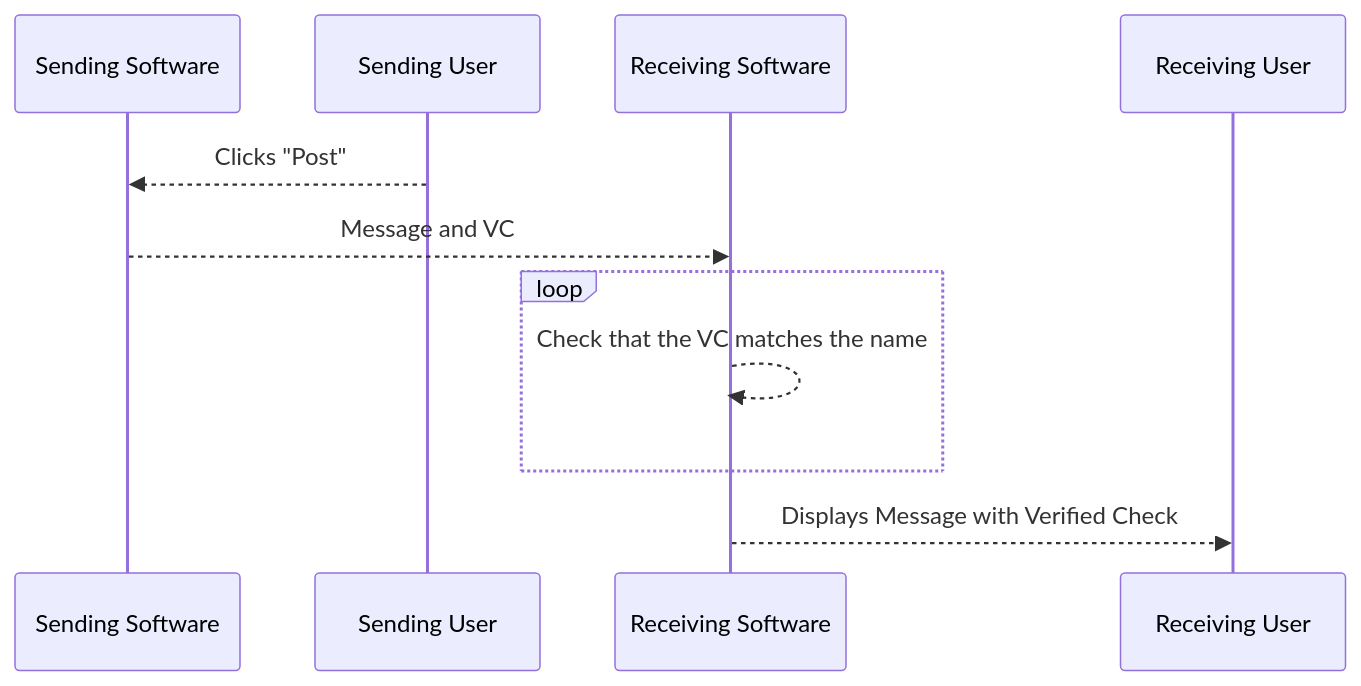
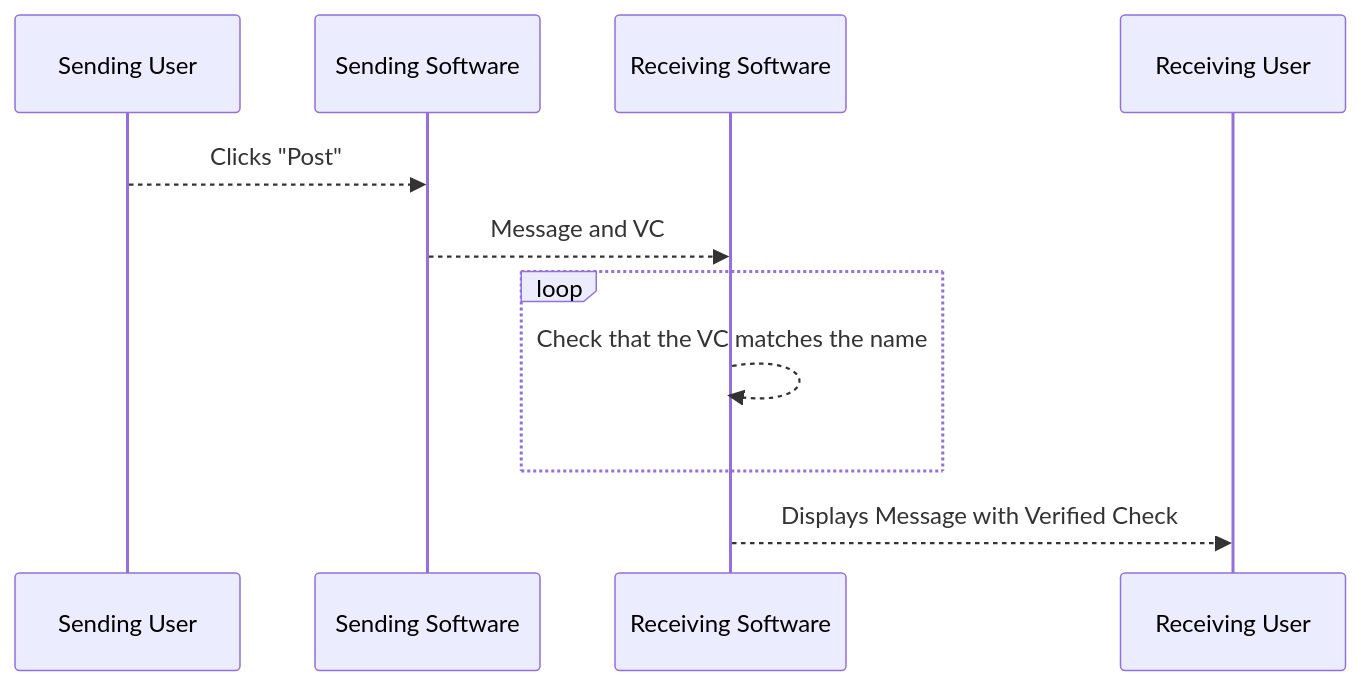
Before and after one commit to jacksophtron/open: the second of 2 diagrams in real-name-decentralized.md, drawn with Mermaid. The commit also changed other lines of this file, not shown here.

````diff
--- a/real-name-decentralized.md
+++ b/real-name-decentralized.md
@@ -38,16 +38,16 @@
 ```mermaid
 sequenceDiagram
 
+	participant Sending User
 	participant Sending Software
-	participant Sending User
 	participant Receiving Software
         participant Receiving User
 
 	Sending User-->>Sending Software: Clicks "Post"
 	Sending Software-->>Receiving Software: Message and VC
 	loop
 		Receiving Software-->>Receiving Software: Check that the VC matches the name	
 	end
 	Receiving Software-->>Receiving User: Displays Message with Verified Check
 
 ```
````
